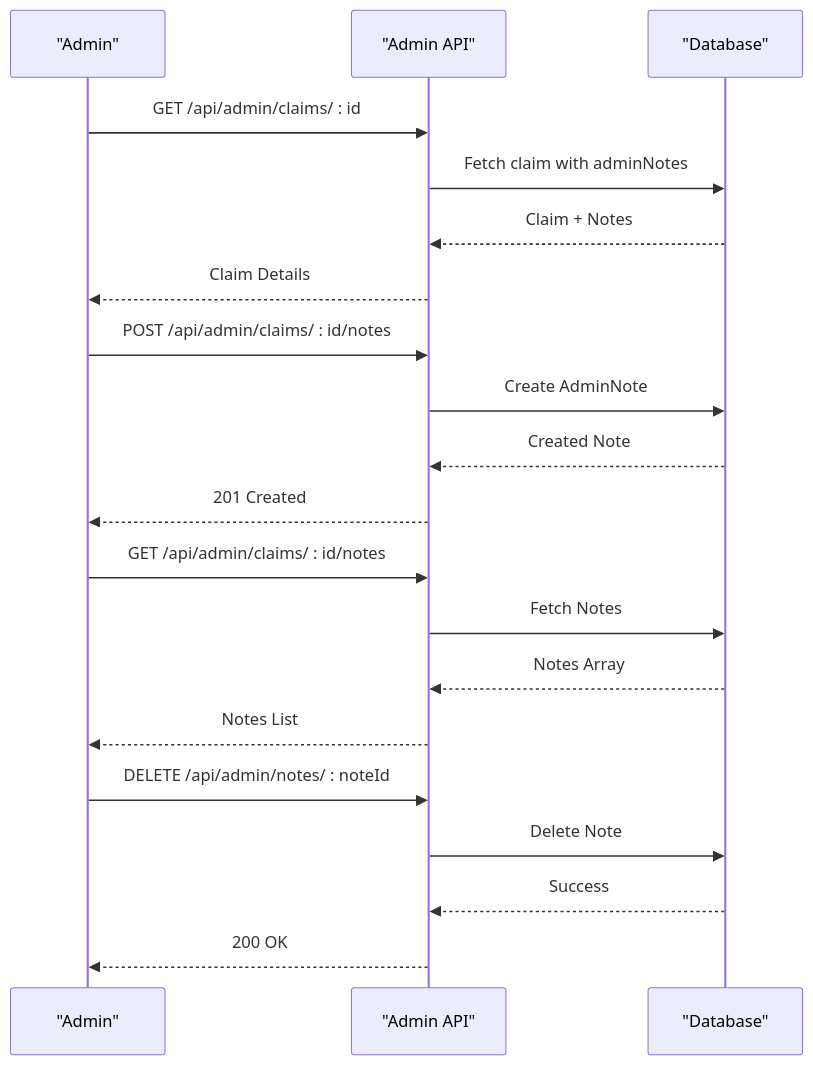
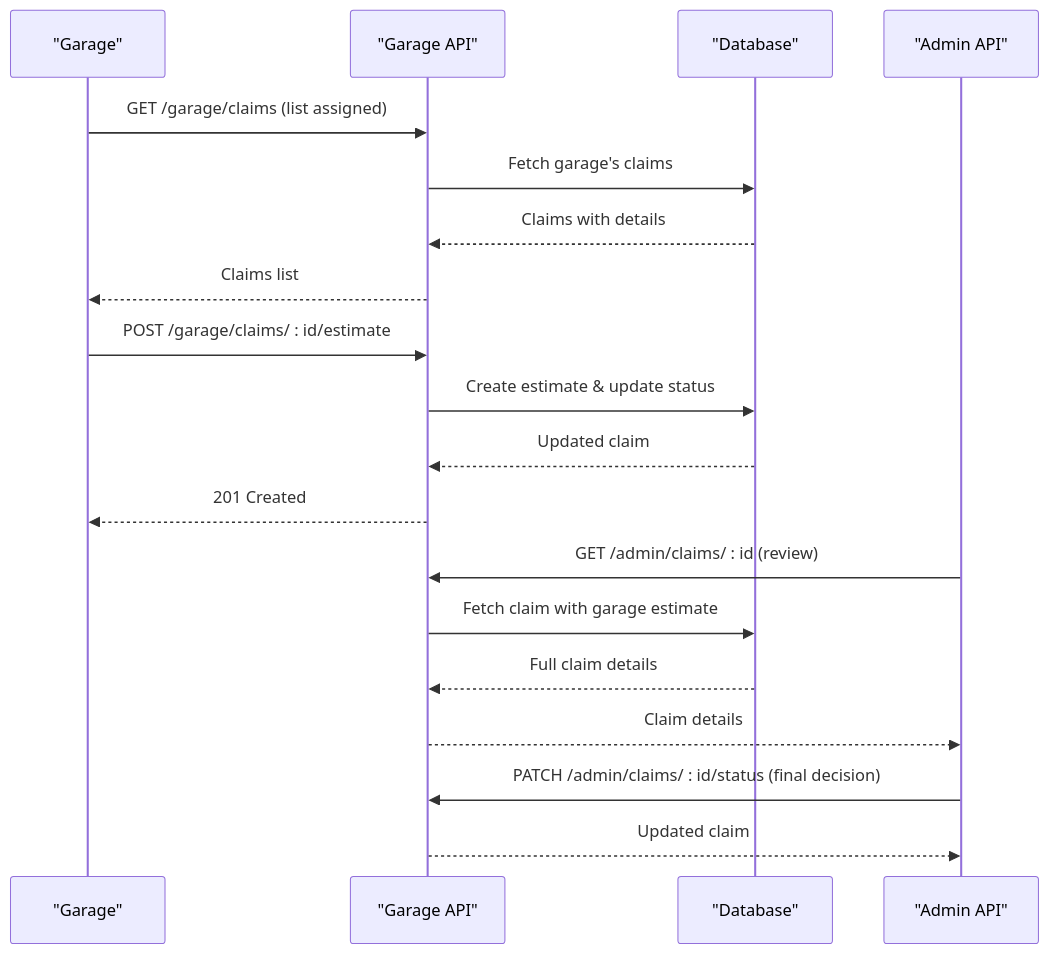
Before and after one commit to NaveenHiranya/Smart-Vehicle-Insurance-Claim-System: the eighth of 8 diagrams in .qoder/repowiki/en/content/Backend Documentation/API Endpoints Reference/Claims Processing Endpoints.md, drawn with Mermaid. The commit also changed other lines of this file and 33 other files, not shown here.

````diff
--- a/.qoder/repowiki/en/content/Backend Documentation/API Endpoints Reference/Claims Processing Endpoints.md
+++ b/.qoder/repowiki/en/content/Backend Documentation/API Endpoints Reference/Claims Processing Endpoints.md
@@ -561,22 +588,21 @@
 ```mermaid
 sequenceDiagram
-participant A as "Admin"
-participant API as "Admin API"
+participant G as "Garage"
+participant API as "Garage API"
 participant DB as "Database"
-A->>API : GET /api/admin/claims/ : id
-API->>DB : Fetch claim with adminNotes
-DB-->>API : Claim + Notes
-API-->>A : Claim Details
-A->>API : POST /api/admin/claims/ : id/notes
-API->>DB : Create AdminNote
-DB-->>API : Created Note
-API-->>A : 201 Created
-A->>API : GET /api/admin/claims/ : id/notes
-API->>DB : Fetch Notes
-DB-->>API : Notes Array
-API-->>A : Notes List
-A->>API : DELETE /api/admin/notes/ : noteId
-API->>DB : Delete Note
-DB-->>API : Success
-API-->>A : 200 OK
+participant A as "Admin API"
+G->>API : GET /garage/claims (list assigned)
+API->>DB : Fetch garage's claims
+DB-->>API : Claims with details
+API-->>G : Claims list
+G->>API : POST /garage/claims/ : id/estimate
+API->>DB : Create estimate & update status
+DB-->>API : Updated claim
+API-->>G : 201 Created
+A->>API : GET /admin/claims/ : id (review)
+API->>DB : Fetch claim with garage estimate
+DB-->>API : Full claim details
+API-->>A : Claim details
+A->>API : PATCH /admin/claims/ : id/status (final decision)
+API-->>A : Updated claim
 ```
````
